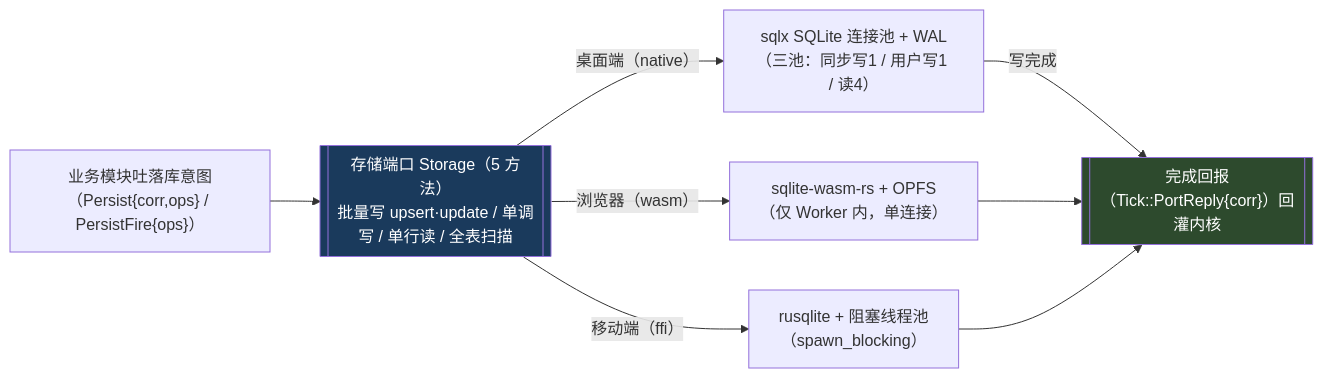
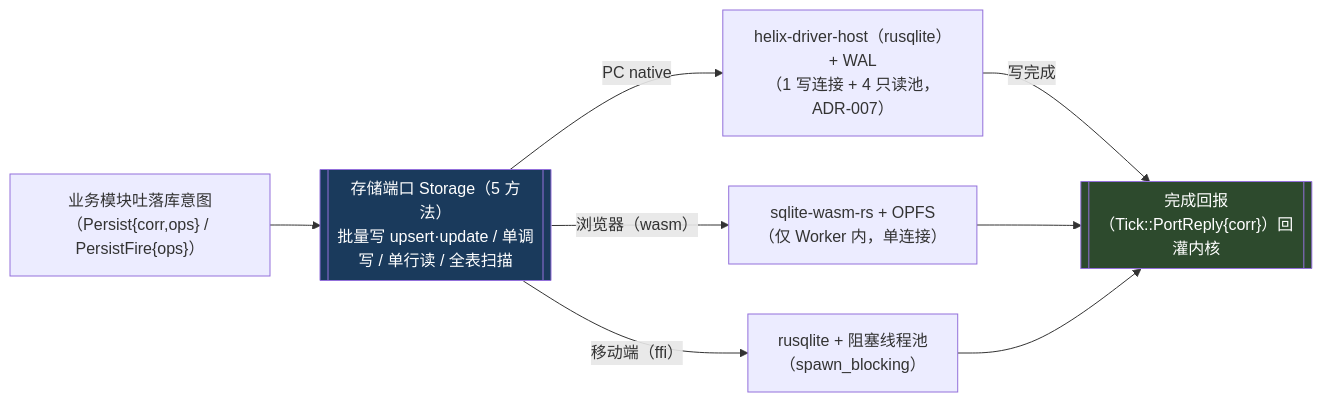
Before and after one commit to zxs1633079383/helix: the ninth of 27 diagrams in docs/过会方案/helix-core-im-架构设计.md, drawn with Mermaid. The commit also changed other lines of this file and 1 other file, not shown here.

First line of the commit message:
docs: 架构设计 sqlx→rusqlite-host 对齐(消 GOAL↔架构设计 矛盾) + ROADMAP 落遗留

````diff
--- a/docs/过会方案/helix-core-im-架构设计.md
+++ b/docs/过会方案/helix-core-im-架构设计.md
@@ -324,12 +324,12 @@
 ```mermaid
 flowchart LR
     M["业务模块吐落库意图<br/>（Persist{corr,ops} / PersistFire{ops}）"] --> P[["存储端口 Storage（5 方法）<br/>批量写 upsert·update / 单调写 / 单行读 / 全表扫描"]]
-    P -->|"桌面端（native）"| N["sqlx SQLite 连接池 + WAL<br/>（三池：同步写1 / 用户写1 / 读4）"]
+    P -->|"PC native"| N["helix-driver-host（rusqlite）+ WAL<br/>（1 写连接 + 4 只读池，ADR-007）"]
     P -->|"浏览器（wasm）"| W["sqlite-wasm-rs + OPFS<br/>（仅 Worker 内，单连接）"]
     P -->|"移动端（ffi）"| F["rusqlite + 阻塞线程池<br/>（spawn_blocking）"]
     N -->|"写完成"| R[["完成回报（Tick::PortReply{corr}）回灌内核"]]
     W --> R
     F --> R
     style P fill:#1a3a5c,color:#fff
     style R fill:#2d4a2d,color:#fff
 ```
````
